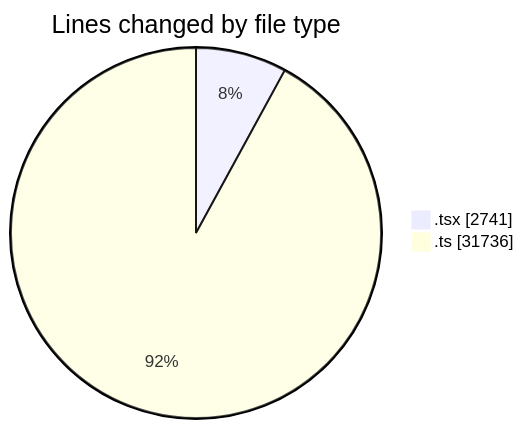
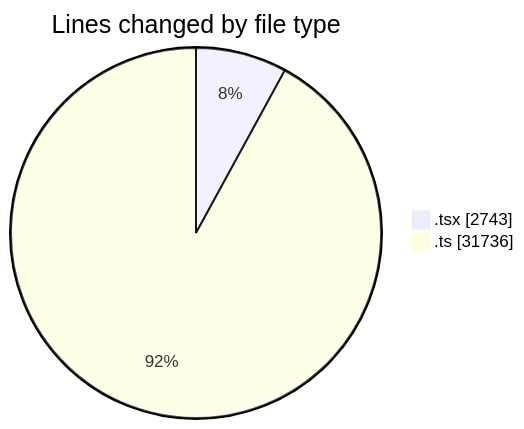
Before and after one commit to momahboobian/code-tracking: the first of 2 diagrams in 2025-07-07/cda/README.md, drawn with Mermaid. The commit also changed other lines of this file and 1 other file, not shown here.

````diff
--- a/2025-07-07/cda/README.md
+++ b/2025-07-07/cda/README.md
@@ -28,6 +28,6 @@
 ```mermaid
 pie showData
 title Lines changed by file type
-".tsx" : 2741
+".tsx" : 2743
 ".ts" : 31736
 ```
````
